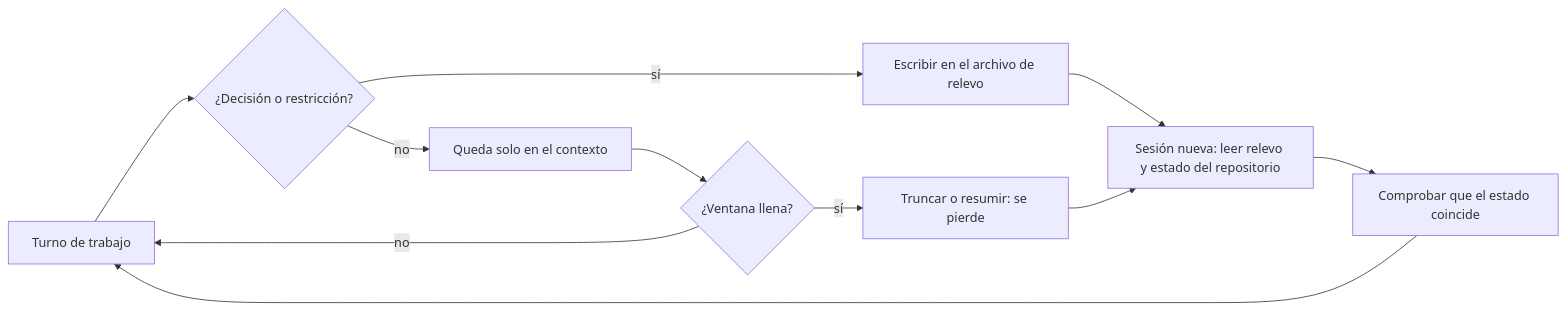
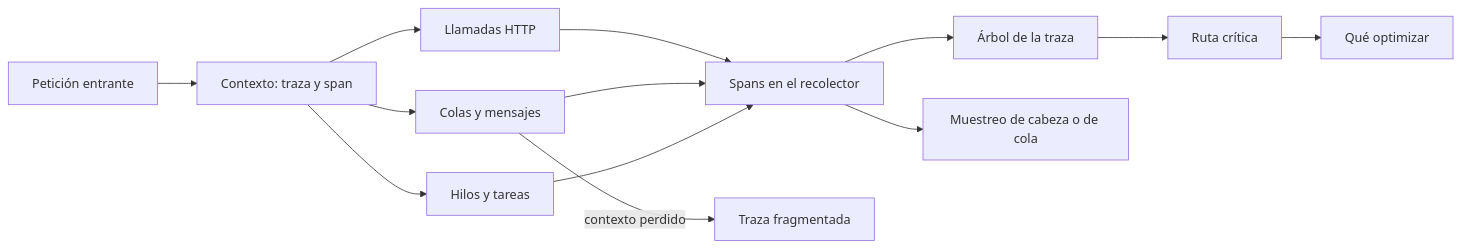
One commit to vladimiracunadev-create/modern-software-engineering-program changed the diagram in content/part-41/SE-496.md. Above: the diagram before and after it, drawn with Mermaid. The commit also changed other lines of this file and 5193 other files, not shown here.

````diff
--- a/content/part-41/SE-496.md
+++ b/content/part-41/SE-496.md
@@ -56,13 +54,15 @@
 ```mermaid
 flowchart LR
-    T[Turno de trabajo] --> D{¿Decisión o restricción?}
-    D -->|sí| N[Escribir en el archivo de relevo]
-    D -->|no| C[Queda solo en el contexto]
-    C --> L{¿Ventana llena?}
-    L -->|sí| X[Truncar o resumir: se pierde]
-    L -->|no| T
-    N --> S[Sesión nueva: leer relevo y estado del repositorio]
-    X --> S
-    S --> V[Comprobar que el estado coincide]
-    V --> T
+    A[Petición entrante] --> B[Contexto: traza y span]
+    B --> C[Llamadas HTTP]
+    B --> D[Colas y mensajes]
+    B --> E[Hilos y tareas]
+    C --> F[Spans en el recolector]
+    D --> F
+    E --> F
+    F --> G[Árbol de la traza]
+    G --> H[Ruta crítica]
+    F --> I[Muestreo de cabeza o de cola]
+    H --> J[Qué optimizar]
+    D -->|contexto perdido| K[Traza fragmentada]
 ```
````
